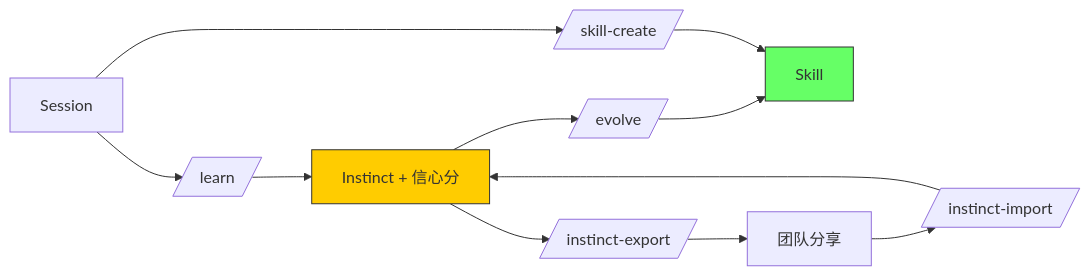
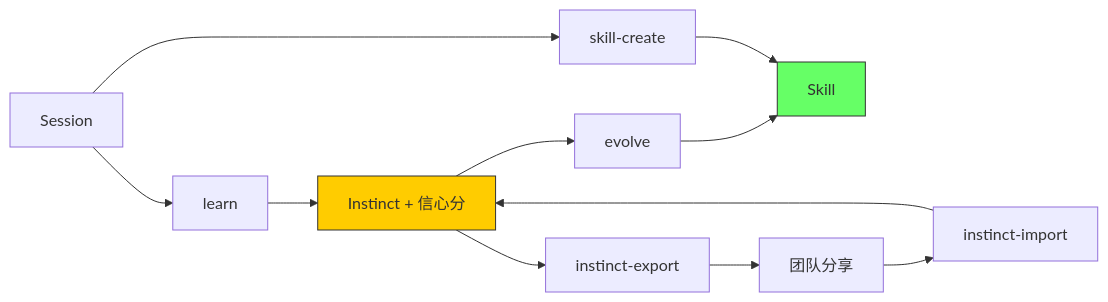
The fifth of 8 diagrams in README.zh-CN.md (evoerax/awesome-harness-engineering), drawn with Mermaid before and after one commit. The commit also changed other lines of this file and 1 other file, not shown here.

Commit message:
fix: Mermaid diagram syntax - remove /node/ pattern that GitHub can't parse

````diff
--- a/README.zh-CN.md
+++ b/README.zh-CN.md
@@ -299,18 +299,18 @@
 ```mermaid
 graph LR
-    A[Session] --> B[/learn/]
-    B --> C[Instinct + 信心分]
-    C --> D[/evolve/]
+    A[Session] --> B["learn"]
+    B --> C["Instinct + 信心分"]
+    C --> D["evolve"]
     D --> E[Skill]
 
-    A --> F[/skill-create/]
+    A --> F["skill-create"]
     F --> E
 
-    C --> G[/instinct-export/]
+    C --> G["instinct-export"]
     G --> H[团队分享]
-    H --> I[/instinct-import/]
+    H --> I["instinct-import"]
     I --> C
 
     style C fill:#fc0,stroke:#333
     style E fill:#6f6,stroke:#333
 ```
````
